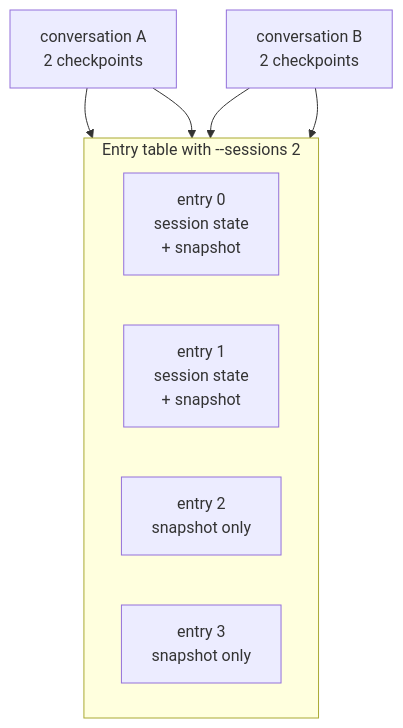
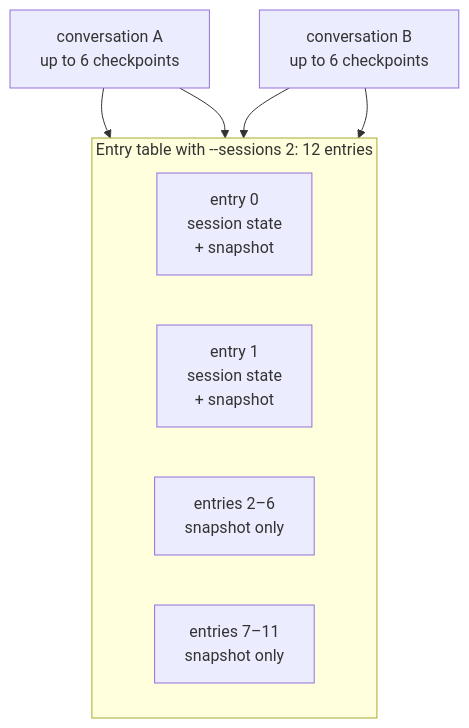
The third of 3 diagrams in docs/KV-CACHE.md (AlexKGwyn/gufo), drawn with Mermaid before and after one commit. The commit also changed other lines of this file and 11 other files, not shown here.

````diff
--- a/docs/KV-CACHE.md
+++ b/docs/KV-CACHE.md
@@ -131,14 +142,14 @@
 ```mermaid
 flowchart TB
-  subgraph T["Entry table with --sessions 2"]
+  subgraph T["Entry table with --sessions 2: 12 entries"]
     direction LR
     S0["entry 0<br/>session state<br/>+ snapshot"]
     S1["entry 1<br/>session state<br/>+ snapshot"]
-    X2["entry 2<br/>snapshot only"]
-    X3["entry 3<br/>snapshot only"]
+    X2["entries 2–6<br/>snapshot only"]
+    X3["entries 7–11<br/>snapshot only"]
   end
-  C1["conversation A<br/>2 checkpoints"] --> S0
+  C1["conversation A<br/>up to 6 checkpoints"] --> S0
   C1 --> X2
-  C2["conversation B<br/>2 checkpoints"] --> S1
+  C2["conversation B<br/>up to 6 checkpoints"] --> S1
   C2 --> X3
 ```
````
